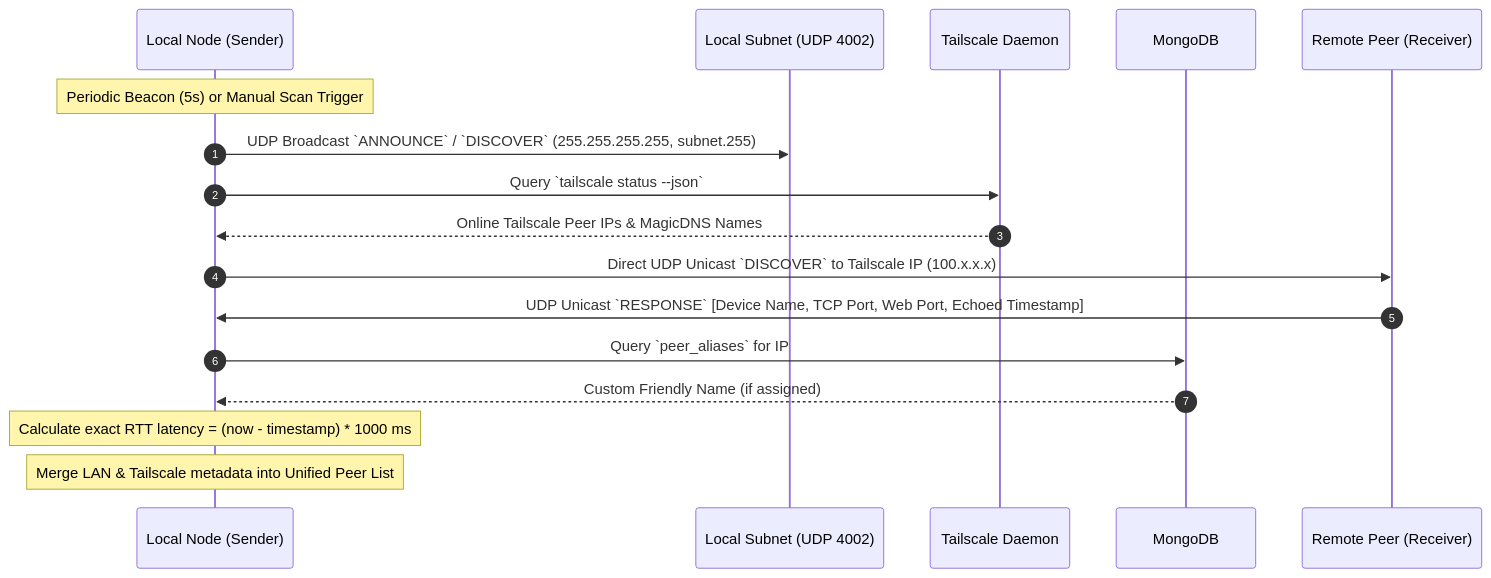
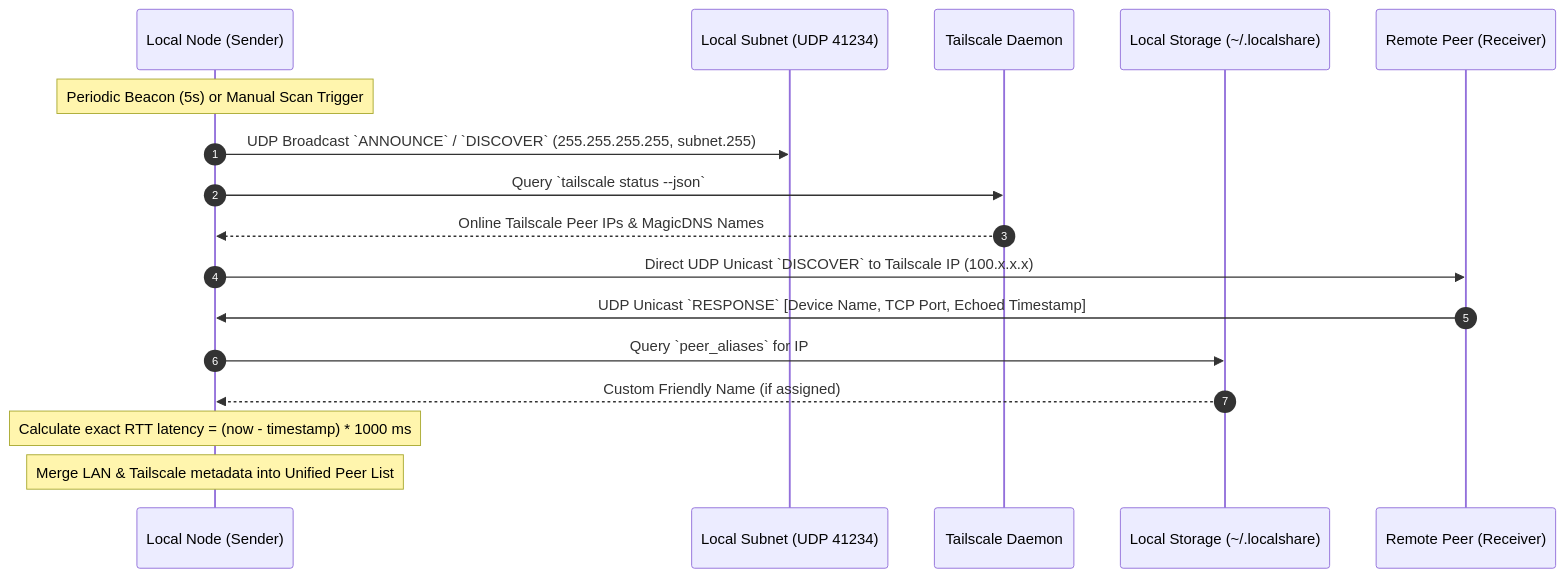
Before and after one commit to krishnakanthpathi/localshare: the second of 4 diagrams in README.md, drawn with Mermaid. The commit also changed other lines of this file and 20 other files, not shown here.

Commit message:
refactor: remove MongoDB and Web API, streamline for CLI and FastMCP with single-file logging

````diff
--- a/README.md
+++ b/README.md
@@ -107,22 +98,22 @@
 ```mermaid
 sequenceDiagram
     autonumber
     participant NodeA as Local Node (Sender)
-    participant LAN as Local Subnet (UDP 4002)
+    participant LAN as Local Subnet (UDP 41234)
     participant TS as Tailscale Daemon
-    participant Mongo as MongoDB
+    participant Storage as Local Storage (~/.localshare)
     participant NodeB as Remote Peer (Receiver)
 
     Note over NodeA: Periodic Beacon (5s) or Manual Scan Trigger
     NodeA->>LAN: UDP Broadcast `ANNOUNCE` / `DISCOVER` (255.255.255.255, subnet.255)
     NodeA->>TS: Query `tailscale status --json`
     TS-->>NodeA: Online Tailscale Peer IPs & MagicDNS Names
     NodeA->>NodeB: Direct UDP Unicast `DISCOVER` to Tailscale IP (100.x.x.x)
 
-    NodeB->>NodeA: UDP Unicast `RESPONSE` [Device Name, TCP Port, Web Port, Echoed Timestamp]
+    NodeB->>NodeA: UDP Unicast `RESPONSE` [Device Name, TCP Port, Echoed Timestamp]
     
-    NodeA->>Mongo: Query `peer_aliases` for IP
-    Mongo-->>NodeA: Custom Friendly Name (if assigned)
+    NodeA->>Storage: Query `peer_aliases` for IP
+    Storage-->>NodeA: Custom Friendly Name (if assigned)
     Note over NodeA: Calculate exact RTT latency = (now - timestamp) * 1000 ms
     Note over NodeA: Merge LAN & Tailscale metadata into Unified Peer List
 ```
````
